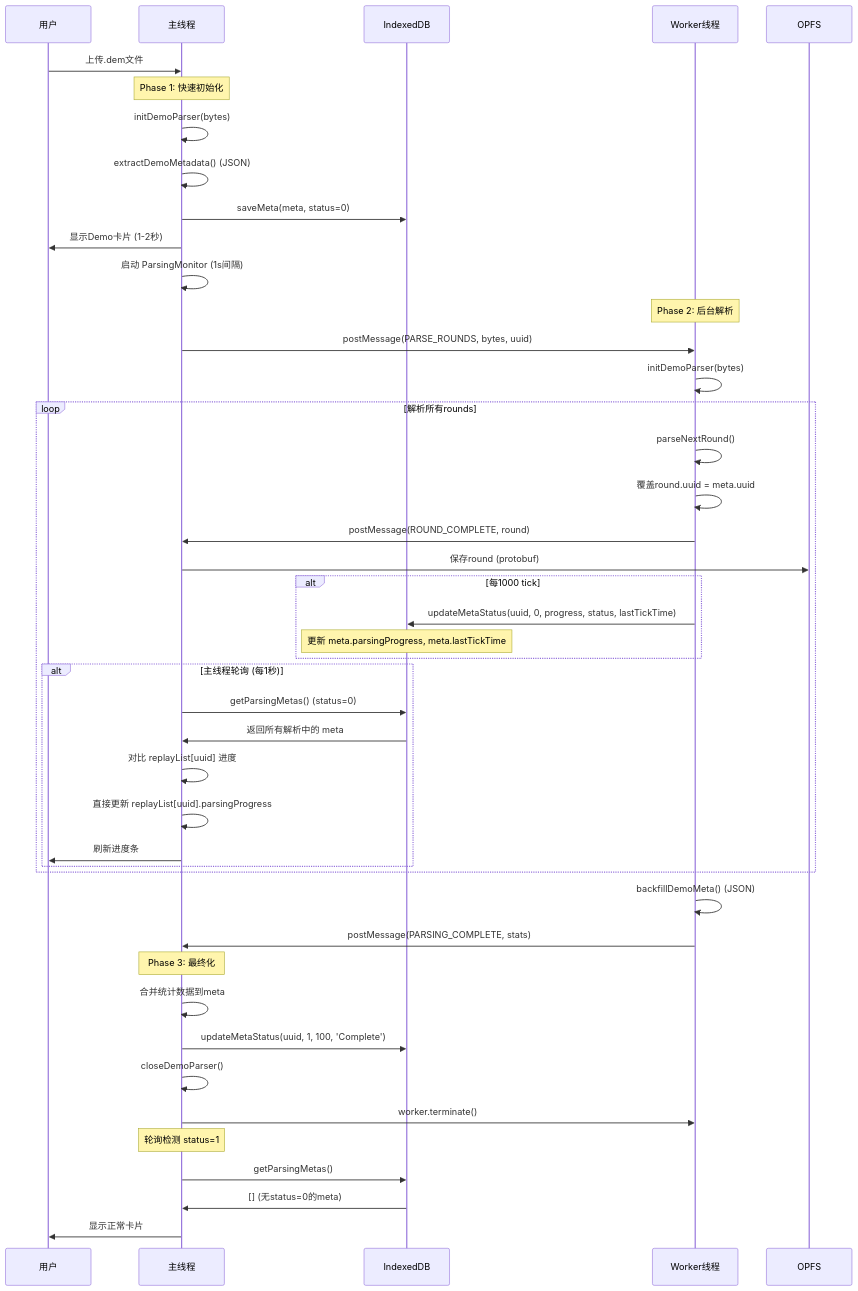
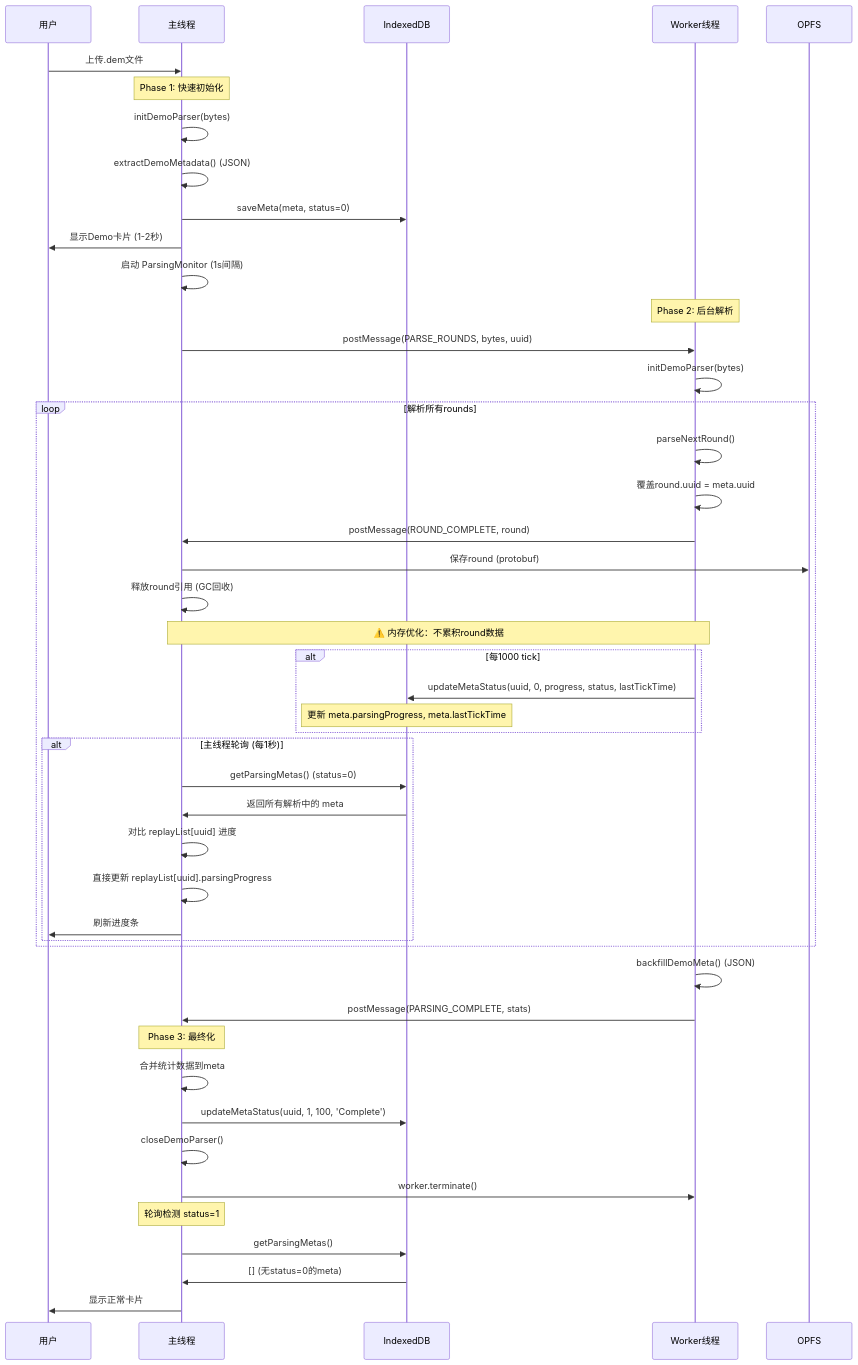
One commit to bugkingZHT/cs2-sandbox changed the diagram in frontend/src/workers/README.md. Above: the diagram before and after it, drawn with Mermaid. The commit also changed other lines of this file and 10 other files, not shown here.

````diff
--- a/frontend/src/workers/README.md
+++ b/frontend/src/workers/README.md
@@ -46,55 +46,57 @@
 ```mermaid
 sequenceDiagram
     participant U as 用户
     participant M as 主线程
     participant IDB as IndexedDB
     participant W as Worker线程
     participant OPFS as OPFS
     
     U->>M: 上传.dem文件
     
     Note over M: Phase 1: 快速初始化
     M->>M: initDemoParser(bytes)
     M->>M: extractDemoMetadata() (JSON)
     M->>IDB: saveMeta(meta, status=0)
     M->>U: 显示Demo卡片 (1-2秒)
     M->>M: 启动 ParsingMonitor (1s间隔)
     
     Note over W: Phase 2: 后台解析
     M->>W: postMessage(PARSE_ROUNDS, bytes, uuid)
     W->>W: initDemoParser(bytes)
     
     loop 解析所有rounds
         W->>W: parseNextRound()
         W->>W: 覆盖round.uuid = meta.uuid
         W->>M: postMessage(ROUND_COMPLETE, round)
         M->>OPFS: 保存round (protobuf)
+        M->>M: 释放round引用 (GC回收)
+        Note over M,W: ⚠️ 内存优化：不累积round数据
         
         alt 每1000 tick
             W->>IDB: updateMetaStatus(uuid, 0, progress, status, lastTickTime)
             Note over IDB: 更新 meta.parsingProgress, meta.lastTickTime
         end
         
         alt 主线程轮询 (每1秒)
             M->>IDB: getParsingMetas() (status=0)
             IDB->>M: 返回所有解析中的 meta
             M->>M: 对比 replayList[uuid] 进度
             M->>M: 直接更新 replayList[uuid].parsingProgress
             M->>U: 刷新进度条
         end
     end
     
     W->>W: backfillDemoMeta() (JSON)
     W->>M: postMessage(PARSING_COMPLETE, stats)
     
     Note over M: Phase 3: 最终化
     M->>M: 合并统计数据到meta
     M->>IDB: updateMetaStatus(uuid, 1, 100, 'Complete')
     M->>M: closeDemoParser()
     M->>W: worker.terminate()
     
     Note over M: 轮询检测 status=1
     M->>IDB: getParsingMetas()
     IDB->>M: [] (无status=0的meta)
     M->>U: 显示正常卡片
 ```
````
